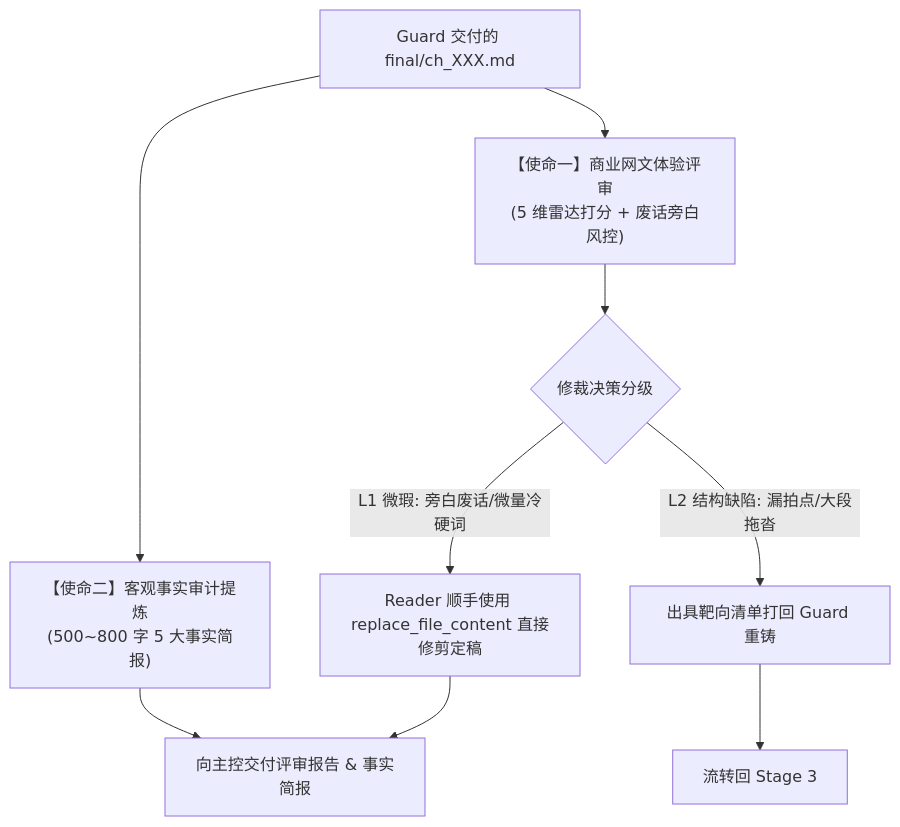
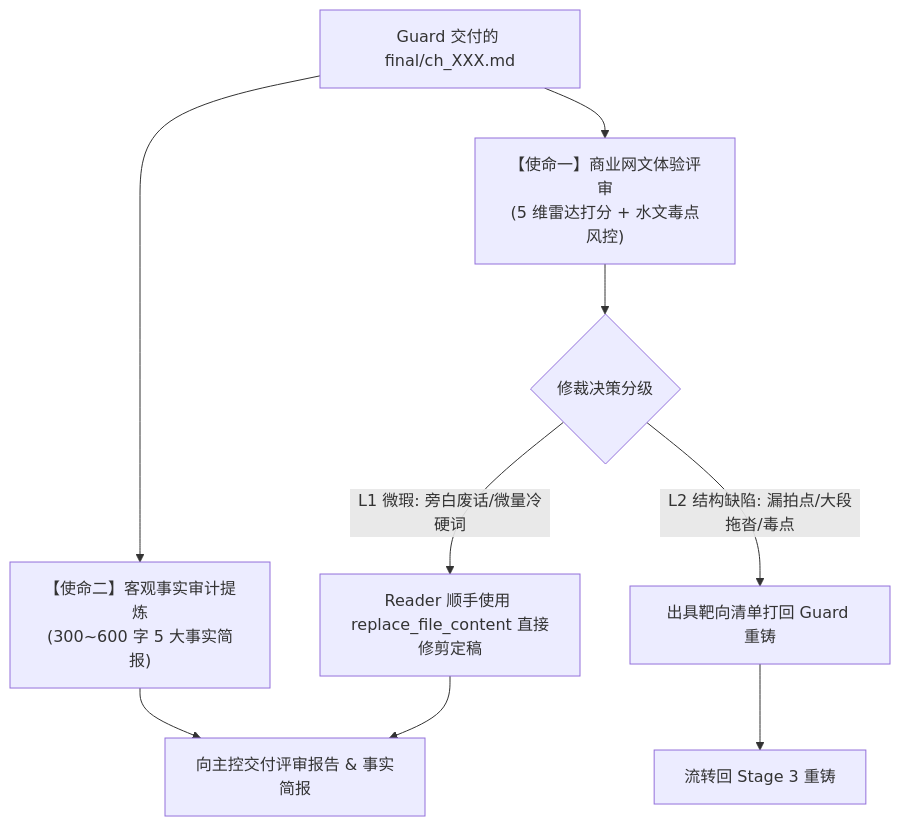
Before and after one commit to cg110902/NOVEL: the diagram in .agents/rules/craft_reader.md, drawn with Mermaid. The commit also changed other lines of this file and 23 other files, not shown here.

````diff
--- a/.agents/rules/craft_reader.md
+++ b/.agents/rules/craft_reader.md
@@ -10,10 +10,10 @@
 ```mermaid
 graph TD
-    A["Guard 交付的 final/ch_XXX.md"] --> B["【使命一】商业网文体验评审<br/>(5 维雷达打分 + 废话旁白风控)"]
-    A --> C["【使命二】客观事实审计提炼<br/>(500~800 字 5 大事实简报)"]
+    A["Guard 交付的 final/ch_XXX.md"] --> B["【使命一】商业网文体验评审<br/>(5 维雷达打分 + 水文毒点风控)"]
+    A --> C["【使命二】客观事实审计提炼<br/>(300~600 字 5 大事实简报)"]
     B --> D{"修裁决策分级"}
     D -->|L1 微瑕: 旁白废话/微量冷硬词| E["Reader 顺手使用 replace_file_content 直接修剪定稿"]
-    D -->|L2 结构缺陷: 漏拍点/大段拖沓| F["出具靶向清单打回 Guard 重铸"]
+    D -->|L2 结构缺陷: 漏拍点/大段拖沓/毒点| F["出具靶向清单打回 Guard 重铸"]
     E & C --> G["向主控交付评审报告 & 事实简报"]
-    F --> H["流转回 Stage 3"]
+    F --> H["流转回 Stage 3 重铸"]
 ```
````
